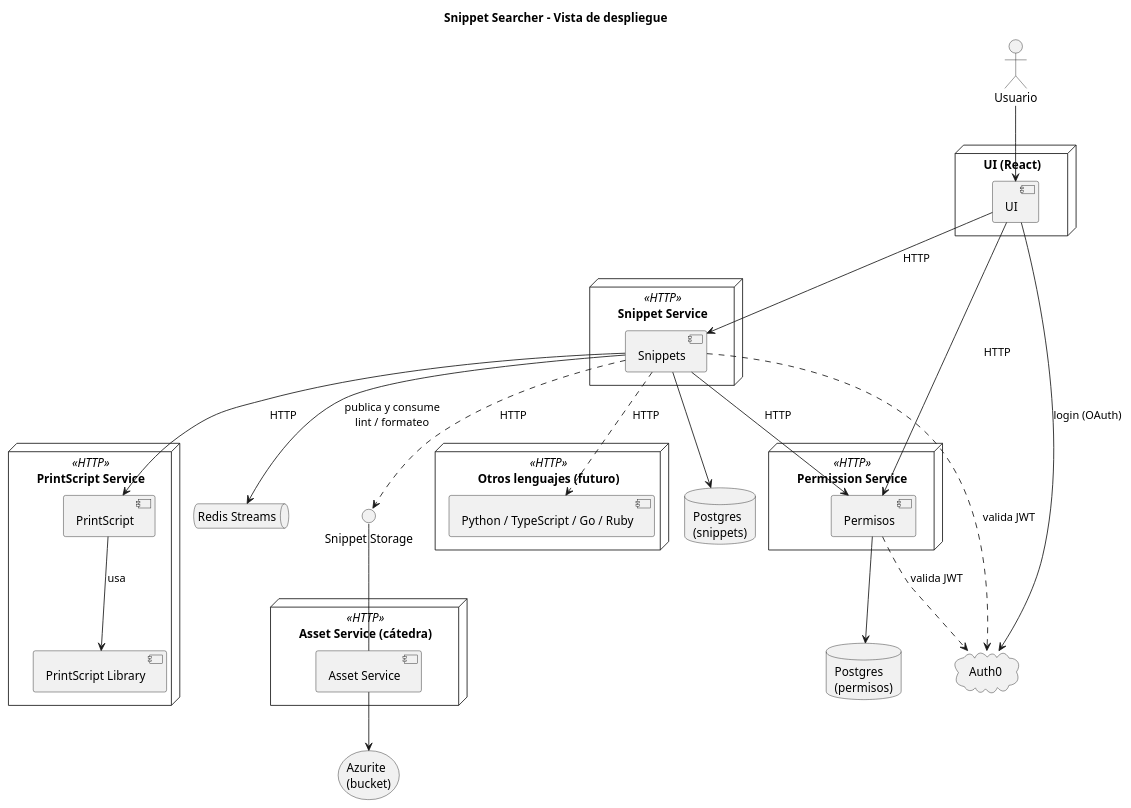
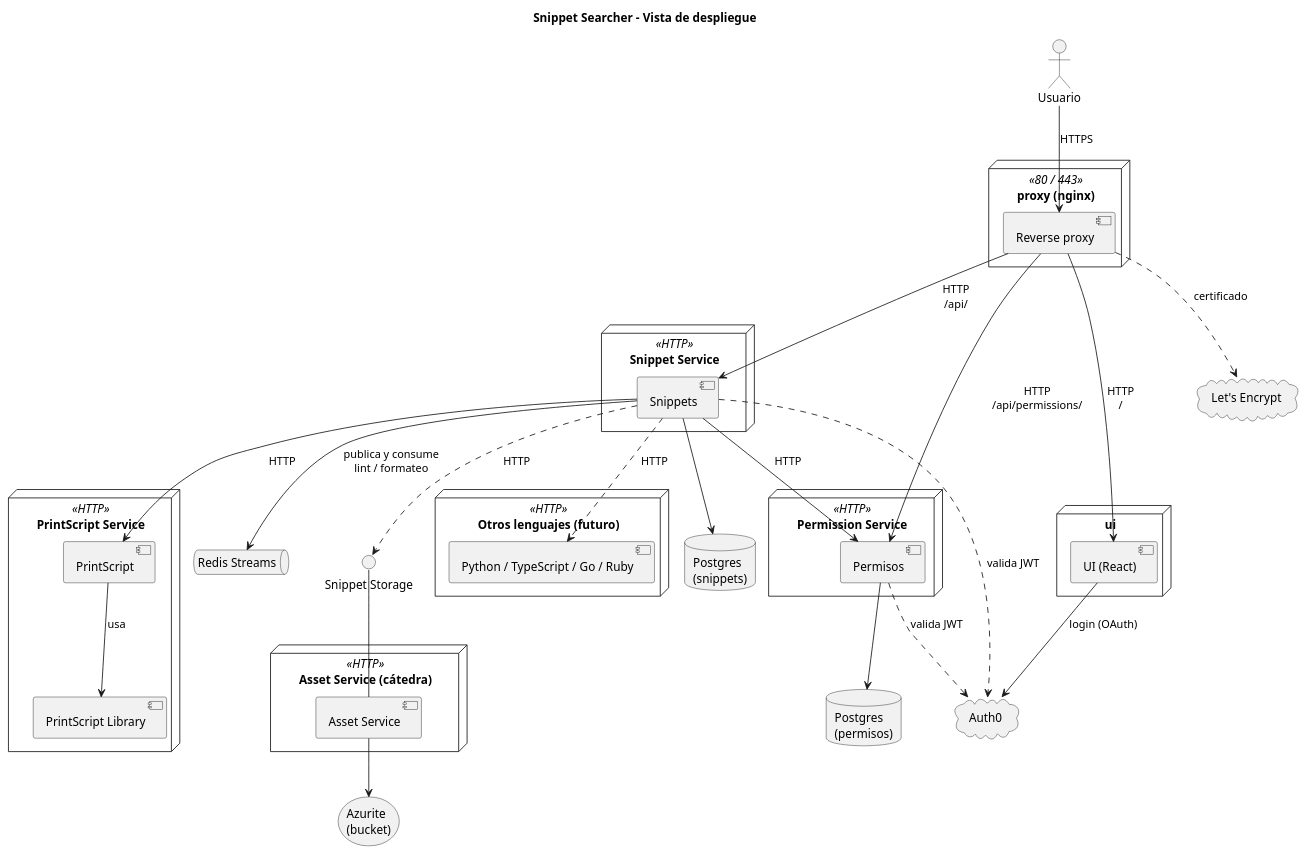
The diagram in docs/diagramas/componentes-despliegue.puml (MartinaCousido/SnippetSearcher), drawn with PlantUML before and after one commit. The commit also changed 2 other files, not shown here.

Commit message:
docs: registra las decisiones de proxy, HTTPS, CORS y la imagen de la UI
Son las decisiones de la clase del 2026-10-20. Hay que registrarlas antes
de implementar el proxy, la imagen de la UI, HTTPS y CORS.

- Decisiones técnicas: imagen de la UI, reverse proxy, HTTPS y CORS. En
  Repo de la UI se suma la rama main: master despliega en dev y main en
  prod.
- Contrato con la UI: BACKEND_URL con los dominios de DuckDNS, y las
  secciones HTTPS y CORS. Se saca "no hace falta configurar CORS".
- Flujo de trabajo: el PR master -> main de la UI.
- Vista de despliegue: suma el proxy, con HTTPS y Let's Encrypt.

Refs: #40

```diff
--- a/docs/diagramas/componentes-despliegue.puml
+++ b/docs/diagramas/componentes-despliegue.puml
@@ -1,67 +1,75 @@
 @startuml componentes-despliegue
 ' Vista de despliegue: cada módulo corre como un servicio independiente
 ' que expone una API HTTP, con su propia base de datos cuando la necesita.
 ' El código de los snippets se guarda en un bucket, no en Postgres.
 ' Solo Snippets usa el Snippet Storage: a los lenguajes les manda el código.
+' Todo entra por el proxy (nginx), con HTTPS. Adentro de la red, HTTP.
 
 title Snippet Searcher - Vista de despliegue
 skinparam componentStyle uml2
 
 actor Usuario
 
 cloud "Auth0" as Auth0
+cloud "Let's Encrypt" as LE
 
-node "UI (React)" as UINode {
-  component UI
+node "proxy (nginx)" <<80 / 443>> as ProxyNode {
+  component "Reverse proxy" as Proxy
+}
+
+node "ui" as UINode {
+  component "UI (React)" as UI
 }
 
 node "Permission Service" <<HTTP>> {
   component Permisos
 }
 database "Postgres\n(permisos)" as PermDB
 
 node "Snippet Service" <<HTTP>> {
   component Snippets
 }
 database "Postgres\n(snippets)" as SnipDB
 
 node "PrintScript Service" <<HTTP>> as PSNode {
   component PrintScript
   component "PrintScript Library" as PSLib
 }
 
 node "Otros lenguajes (futuro)" <<HTTP>> as OtrosNode {
   component "Python / TypeScript / Go / Ruby" as Otros
 }
 
 interface "Snippet Storage" as Storage
 node "Asset Service (cátedra)" <<HTTP>> {
   component "Asset Service" as BucketSvc
 }
 storage "Azurite\n(bucket)" as Bucket
 
 queue "Redis Streams" as Redis
 
-Usuario --> UI
+Usuario --> Proxy : HTTPS
+Proxy --> UI : HTTP\n/
+Proxy --> Snippets : HTTP\n/api/
+Proxy --> Permisos : HTTP\n/api/permissions/
+Proxy ..> LE : certificado
 UI --> Auth0 : login (OAuth)
-UI --> Snippets : HTTP
-UI --> Permisos : HTTP
 
 Snippets --> Permisos : HTTP
 Snippets --> PrintScript : HTTP
 Snippets ..> Otros : HTTP
 Snippets --> SnipDB
 Permisos --> PermDB
 
 PrintScript --> PSLib : usa
 
 Snippets ..> Storage : HTTP
 Snippets --> Redis : publica y consume\nlint / formateo
 
 BucketSvc -up- Storage
 BucketSvc --> Bucket
 
 Snippets ..> Auth0 : valida JWT
 Permisos ..> Auth0 : valida JWT
 
 @enduml
```
